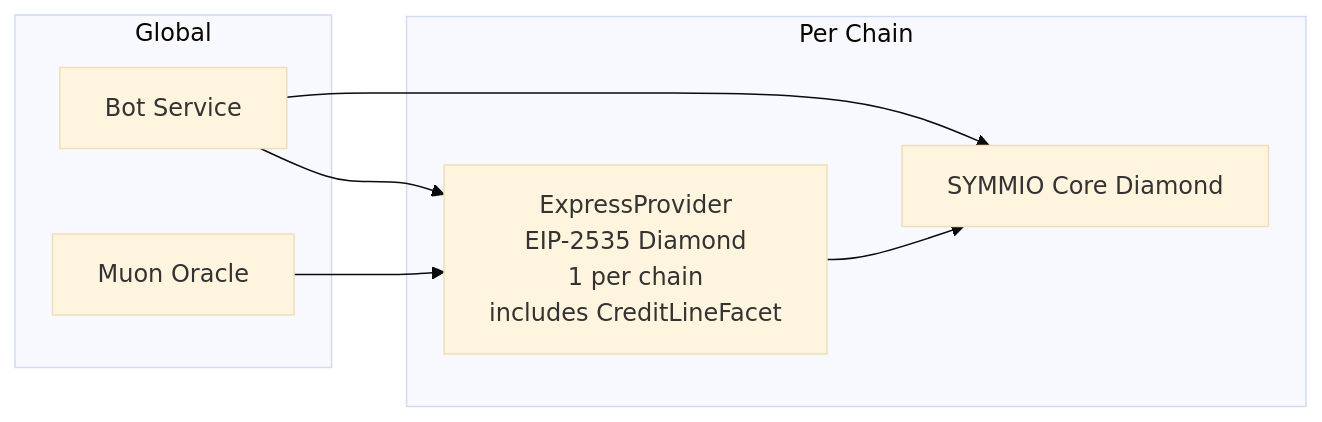
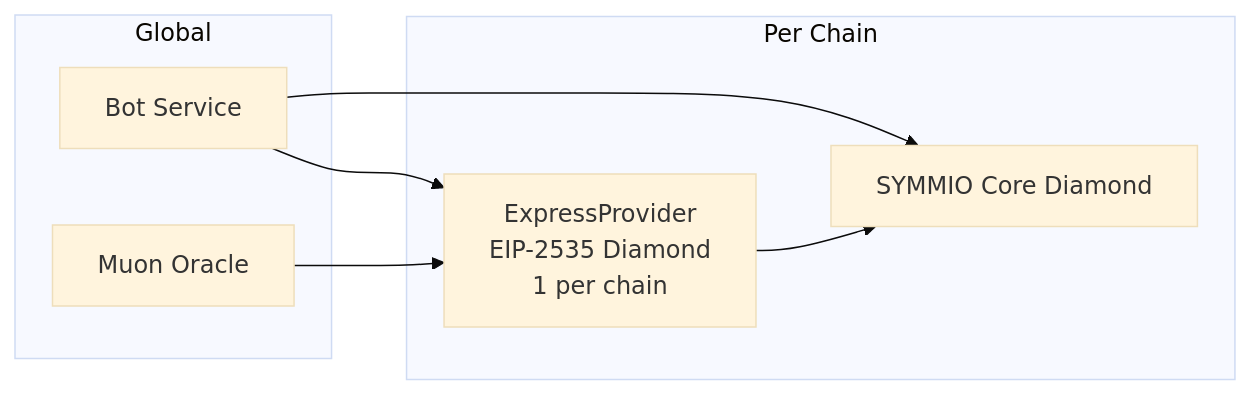
Diagram 14 of 14 in docs/v0.8.6/express-withdrawal-system-design.md (SYMM-IO/perps-core), drawn with Mermaid (base theme) before and after one commit. The commit also changed other lines of this file and 6 other files, not shown here.

Commit message:
refactor(express): merge CreditLineFacet into ControlFacet

````diff
--- a/docs/v0.8.6/express-withdrawal-system-design.md
+++ b/docs/v0.8.6/express-withdrawal-system-design.md
@@ -875,16 +875,16 @@
 ```mermaid
 flowchart LR
     subgraph "Per Chain"
         SYMMIO[SYMMIO Core Diamond]
-        EC[ExpressProvider<br/>EIP-2535 Diamond<br/>1 per chain<br/>includes CreditLineFacet]
+        EC[ExpressProvider<br/>EIP-2535 Diamond<br/>1 per chain]
     end
     subgraph "Global"
         Bot[Bot Service]
         Muon[Muon Oracle]
     end
 
     EC --> SYMMIO
     Bot --> EC
     Bot --> SYMMIO
     Muon --> EC
 ```
````
